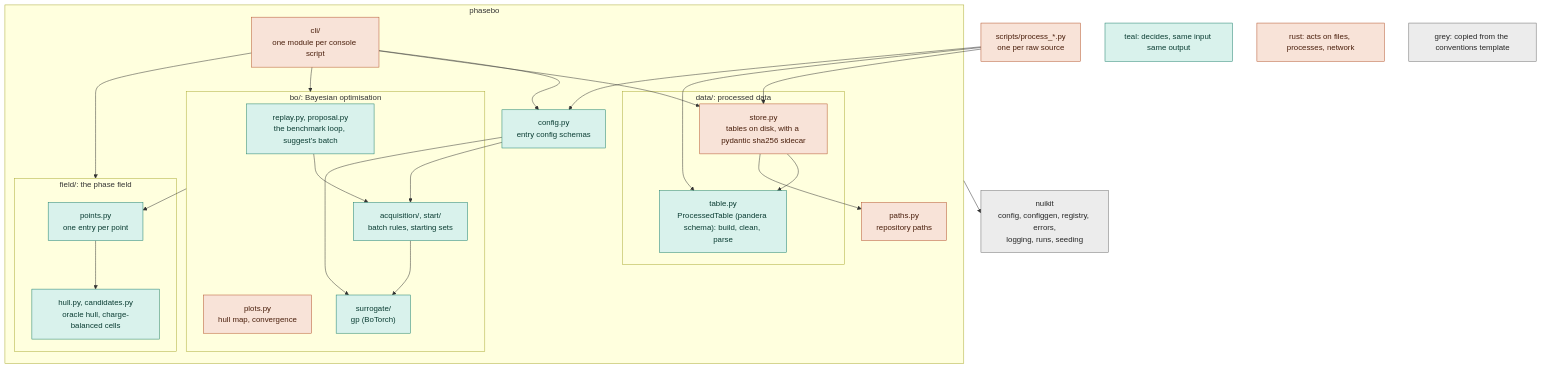
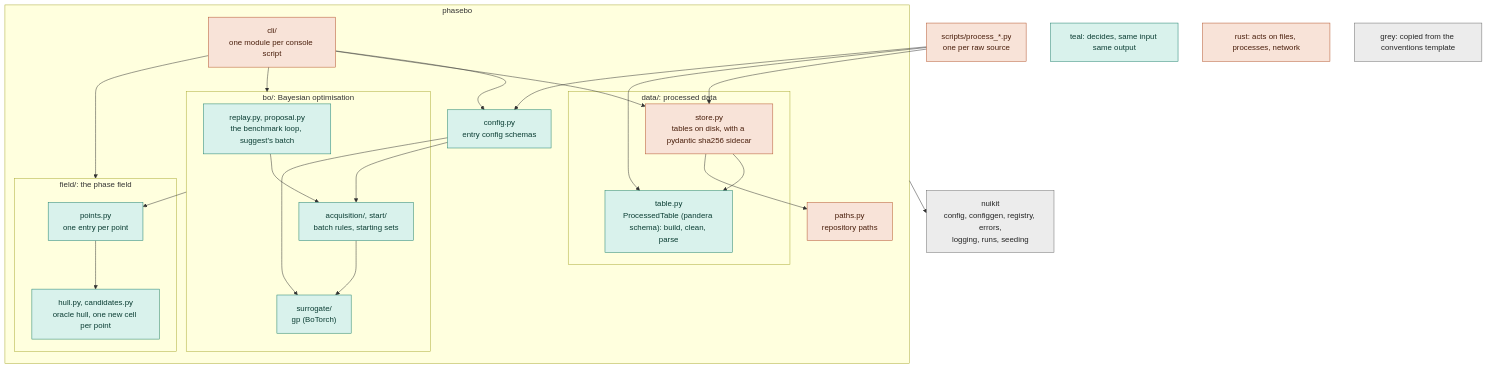
Before and after one commit to nuinashco/PhaseBO: the first of 2 diagrams in CONTRIBUTING.md, drawn with Mermaid. The commit also changed other lines of this file and 29 other files, not shown here.

````diff
--- a/CONTRIBUTING.md
+++ b/CONTRIBUTING.md
@@ -9,46 +9,45 @@
 ```mermaid
 flowchart TD
     scripts["scripts/process_*.py<br/>one per raw source"]:::side
     subgraph project["phasebo"]
         cli["cli/<br/>one module per console script"]:::side
         config["config.py<br/>entry config schemas"]:::pure
         subgraph bo["bo/: Bayesian optimisation"]
             loops["replay.py, proposal.py<br/>the benchmark loop, suggest's batch"]:::pure
-            plots["plots.py<br/>hull map, convergence"]:::side
             families["acquisition/, start/<br/>batch rules, starting sets"]:::pure
             surrogate["surrogate/<br/>gp (BoTorch)"]:::pure
         end
         subgraph field["field/: the phase field"]
             points["points.py<br/>one entry per point"]:::pure
-            hull["hull.py, candidates.py<br/>oracle hull, charge-balanced cells"]:::pure
+            hull["hull.py, candidates.py<br/>oracle hull, one new cell per point"]:::pure
         end
         subgraph data["data/: processed data"]
             store["store.py<br/>tables on disk, with a pydantic sha256 sidecar"]:::side
             table["table.py<br/>ProcessedTable (pandera schema): build, clean, parse"]:::pure
         end
         paths["paths.py<br/>repository paths"]:::side
         cli --> config
         cli --> bo
         cli --> field
         cli --> store
         config --> families
         config --> surrogate
         loops --> families
         families --> surrogate
         bo --> points
         points --> hull
         store --> table
         store --> paths
     end
     scripts --> store
     scripts --> table
     scripts --> config
     nuikit["nuikit<br/>config, configgen, registry, errors,<br/>logging, runs, seeding"]:::kit
     project --> nuikit
     pure["teal: decides, same input same output"]:::pure
     side["rust: acts on files, processes, network"]:::side
     kit["grey: copied from the conventions template"]:::kit
     classDef pure fill:#d9f2ec,stroke:#1b7f6b,color:#0b3d33
     classDef side fill:#f8e3d8,stroke:#b4532a,color:#4a1f0c
     classDef kit fill:#ececec,stroke:#6b6b6b,color:#262626
 ```
````
